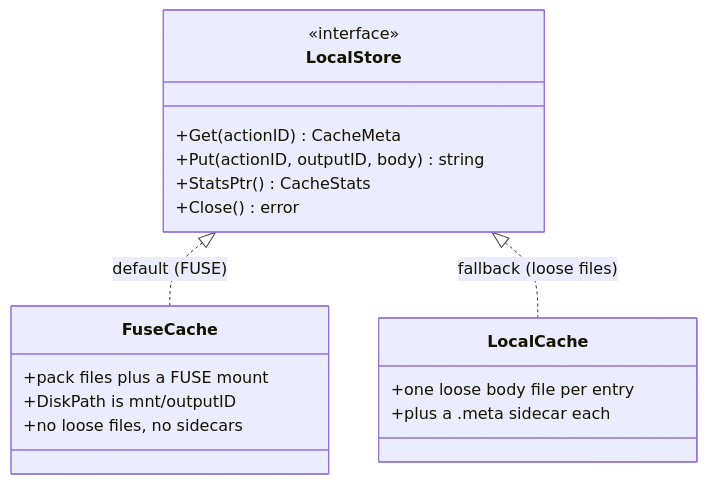
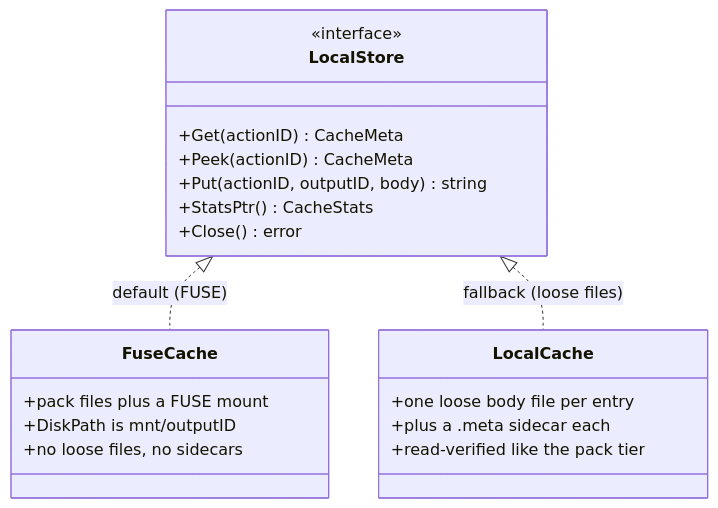
The second of 6 diagrams in docs/CACHE.md (wow-look-at-my/go-toolchain), drawn with Mermaid before and after one commit. The commit also changed other lines of this file and 53 other files, not shown here.

First line of the commit message:
Cache reliability + speed: verified reads on every tier, upload/reclaim fixes, per-action build profiling, provenance metadata (#274)

````diff
--- a/docs/CACHE.md
+++ b/docs/CACHE.md
@@ -118,21 +142,23 @@
 ```mermaid
 classDiagram
     class LocalStore {
         <<interface>>
         +Get(actionID) CacheMeta
+        +Peek(actionID) CacheMeta
         +Put(actionID, outputID, body) string
         +StatsPtr() CacheStats
         +Close() error
     }
     class FuseCache {
         +pack files plus a FUSE mount
         +DiskPath is mnt/outputID
         +no loose files, no sidecars
     }
     class LocalCache {
         +one loose body file per entry
         +plus a .meta sidecar each
+        +read-verified like the pack tier
     }
     LocalStore <|.. FuseCache : default (FUSE)
     LocalStore <|.. LocalCache : fallback (loose files)
 ```
````
